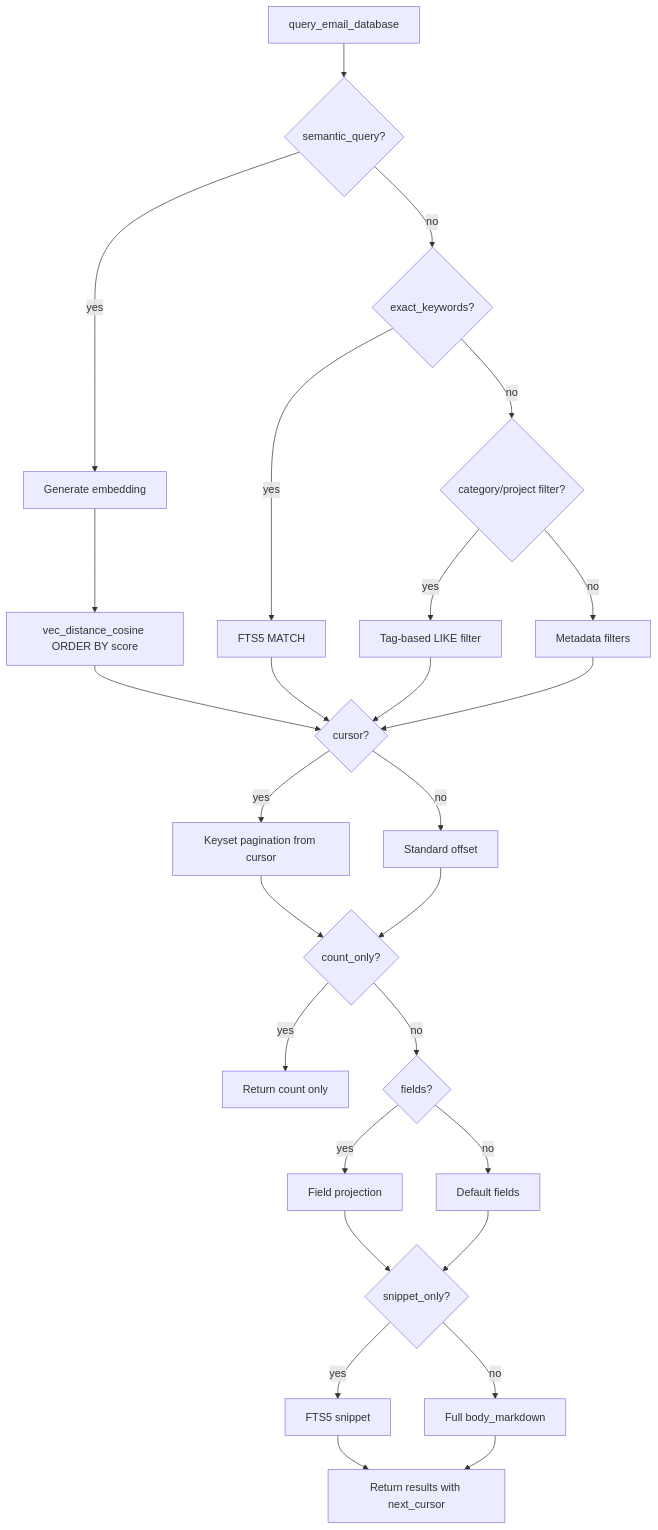
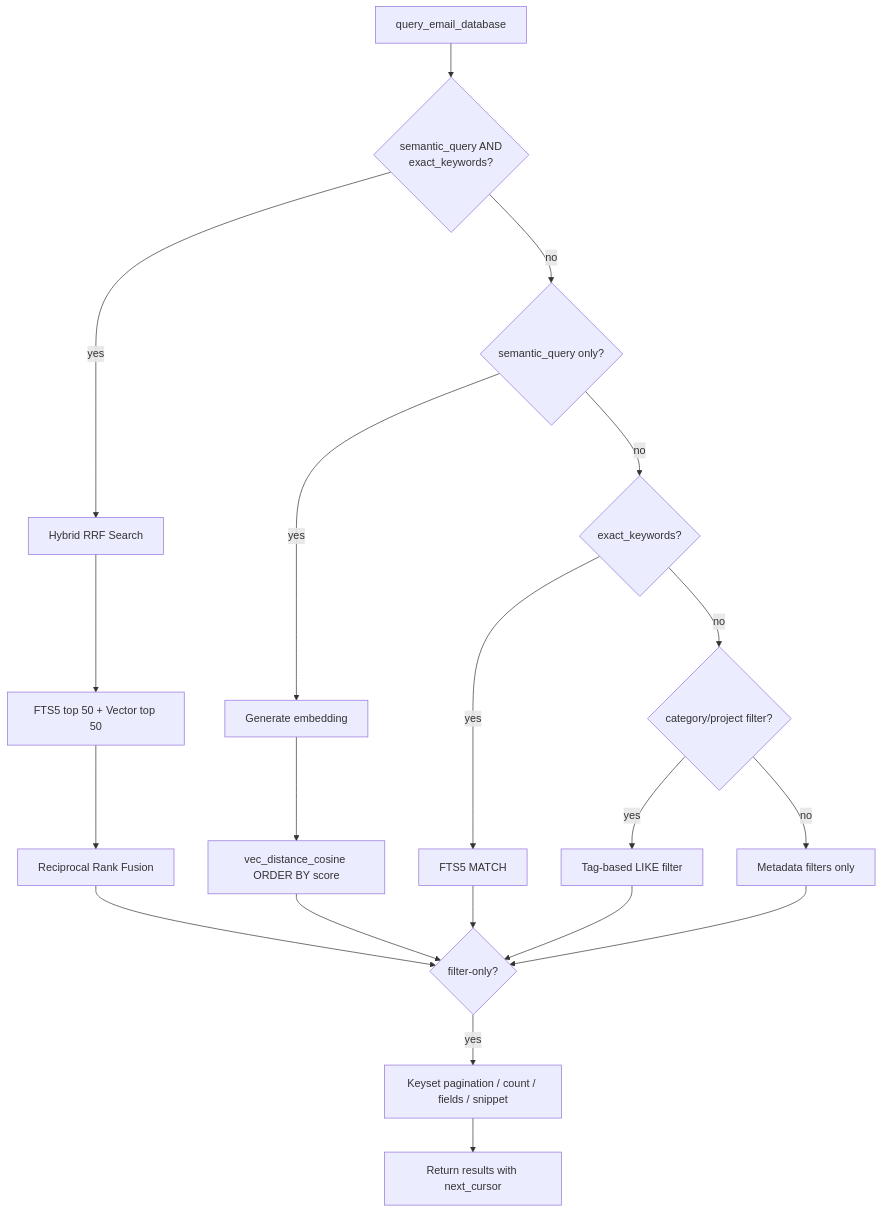
The fifth of 7 diagrams in README.md (thomasmaerz/emailindex), drawn with Mermaid before and after one commit. The commit also changed other lines of this file and 2 other files, not shown here.

First line of the commit message:
feat: hybrid search with Reciprocal Rank Fusion (FTS5 + vector)

````diff
--- a/README.md
+++ b/README.md
@@ -542,29 +558,22 @@
 ```mermaid
 flowchart TD
-    A[query_email_database] --> B{semantic_query?}
-    B -->|yes| C[Generate embedding]
-    C --> D[vec_distance_cosine ORDER BY score]
-    D --> E{cursor?}
-    B -->|no| F{exact_keywords?}
-    F -->|yes| G[FTS5 MATCH]
-    G --> E
-    F -->|no| H{category/project filter?}
-    H -->|yes| I[Tag-based LIKE filter]
-    I --> E
-    H -->|no| J[Metadata filters]
-    J --> E
-    E -->|yes| K[Keyset pagination from cursor]
-    E -->|no| L[Standard offset]
-    K --> M{count_only?}
-    L --> M
-    M -->|yes| N[Return count only]
-    M -->|no| O{fields?}
-    O -->|yes| P[Field projection]
-    O -->|no| Q[Default fields]
-    P --> R{snippet_only?}
-    Q --> R
-    R -->|yes| S[FTS5 snippet]
-    R -->|no| T[Full body_markdown]
-    S --> U[Return results with next_cursor]
-    T --> U
+    A[query_email_database] --> B{semantic_query AND<br>exact_keywords?}
+    B -->|yes| C[Hybrid RRF Search]
+    C --> C1[FTS5 top 50 + Vector top 50]
+    C1 --> C2[Reciprocal Rank Fusion]
+    C2 --> D{filter-only?}
+    B -->|no| E{semantic_query only?}
+    E -->|yes| F[Generate embedding]
+    F --> G[vec_distance_cosine ORDER BY score]
+    G --> D
+    E -->|no| H{exact_keywords?}
+    H -->|yes| I[FTS5 MATCH]
+    I --> D
+    H -->|no| J{category/project filter?}
+    J -->|yes| K[Tag-based LIKE filter]
+    K --> D
+    J -->|no| L[Metadata filters only]
+    L --> D
+    D -->|yes| M[Keyset pagination / count / fields / snippet]
+    M --> N[Return results with next_cursor]
 ```
````
